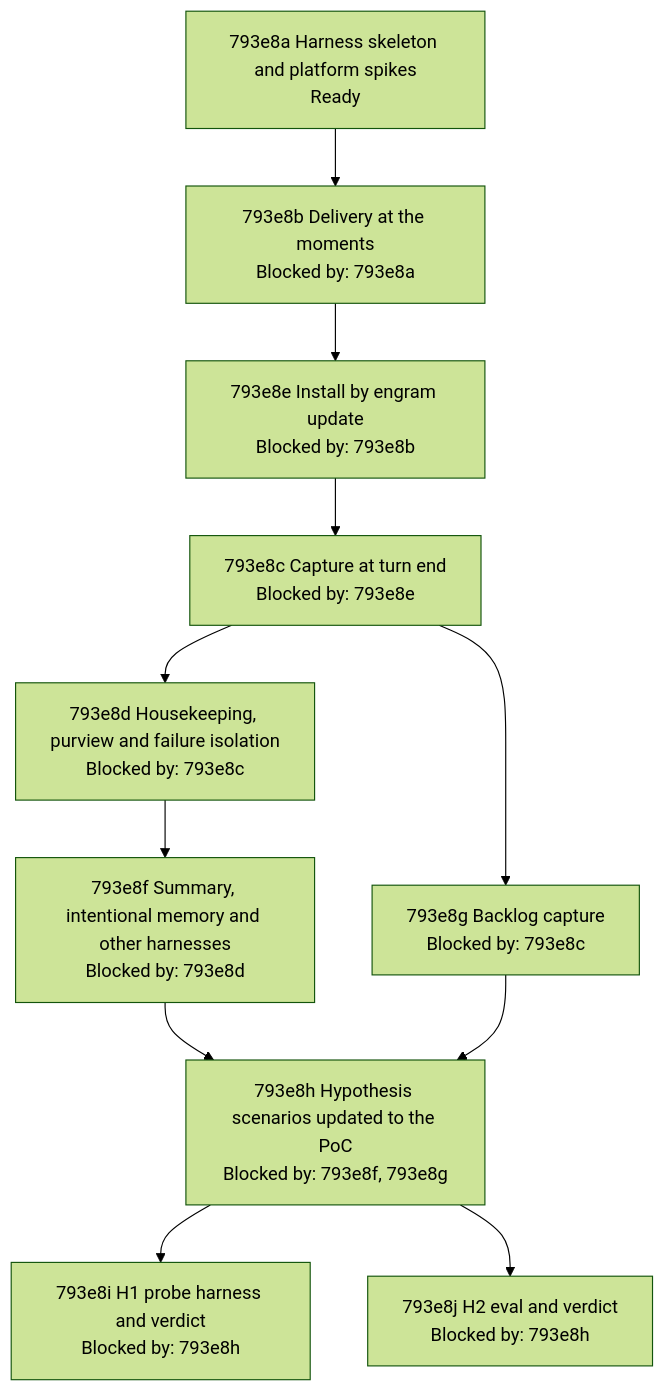
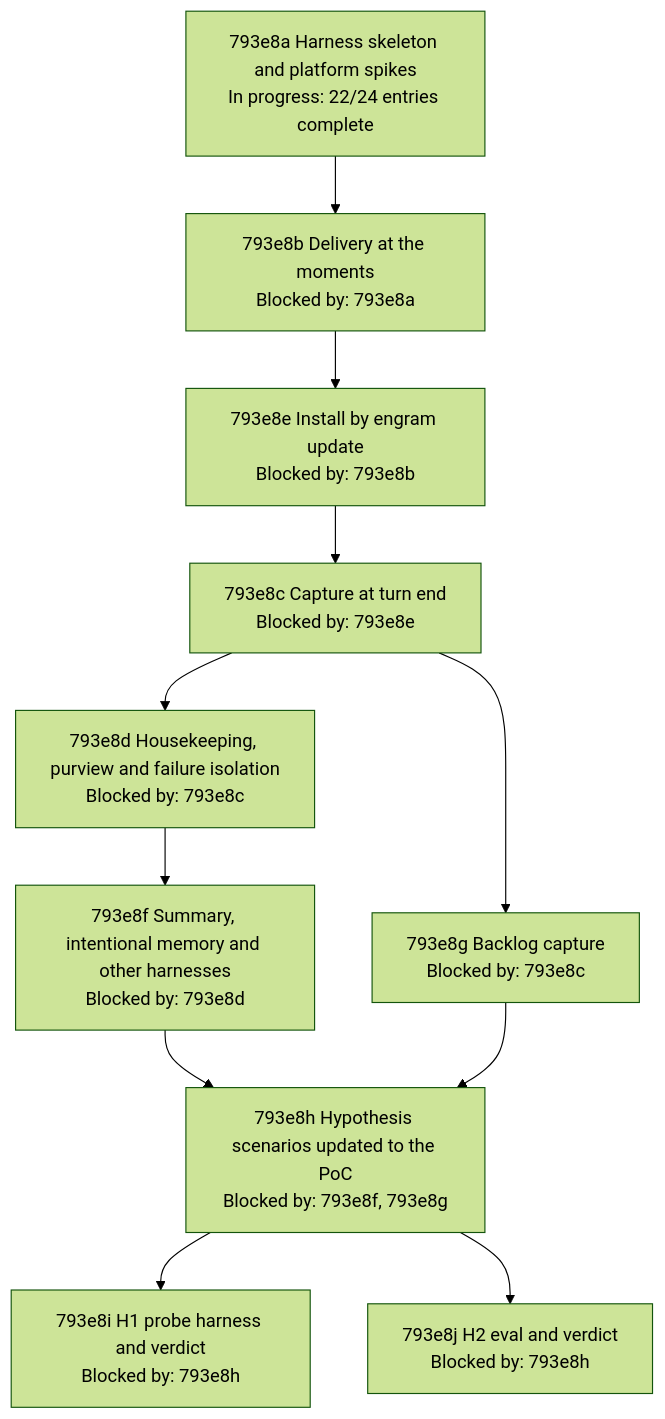
One commit to toejough/engram changed the diagram in docs/changes/793_parallel-memory-agent/793e_implementation-plan.md. Above: the diagram before and after it, drawn with Mermaid (forest theme). The commit also changed other lines of this file and 2 other files, not shown here.

````diff
--- a/docs/changes/793_parallel-memory-agent/793e_implementation-plan.md
+++ b/docs/changes/793_parallel-memory-agent/793e_implementation-plan.md
@@ -178,21 +212,21 @@
 ```mermaid
 flowchart TD
-  n793e8a["793e8a Harness skeleton and platform spikes<br/>Ready"]
+  n793e8a["793e8a Harness skeleton and platform spikes<br/>In progress: 22/24 entries complete"]
   n793e8b["793e8b Delivery at the moments<br/>Blocked by: 793e8a"]
   n793e8e["793e8e Install by engram update<br/>Blocked by: 793e8b"]
   n793e8c["793e8c Capture at turn end<br/>Blocked by: 793e8e"]
   n793e8d["793e8d Housekeeping, purview and failure isolation<br/>Blocked by: 793e8c"]
   n793e8g["793e8g Backlog capture<br/>Blocked by: 793e8c"]
   n793e8f["793e8f Summary, intentional memory and other harnesses<br/>Blocked by: 793e8d"]
   n793e8h["793e8h Hypothesis scenarios updated to the PoC<br/>Blocked by: 793e8f, 793e8g"]
   n793e8i["793e8i H1 probe harness and verdict<br/>Blocked by: 793e8h"]
   n793e8j["793e8j H2 eval and verdict<br/>Blocked by: 793e8h"]
   n793e8a --> n793e8b --> n793e8e --> n793e8c
   n793e8c --> n793e8d
   n793e8c --> n793e8g
   n793e8d --> n793e8f
   n793e8f --> n793e8h
   n793e8g --> n793e8h
   n793e8h --> n793e8i
   n793e8h --> n793e8j
 ```
````
